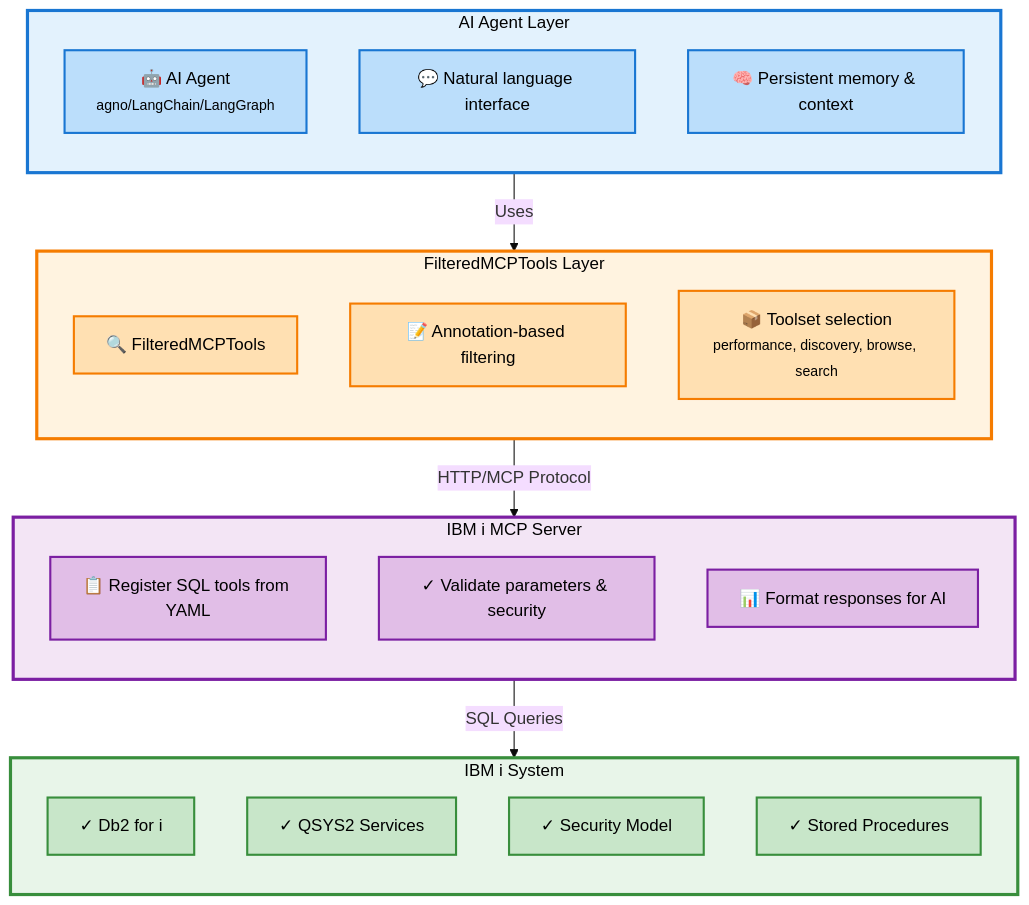
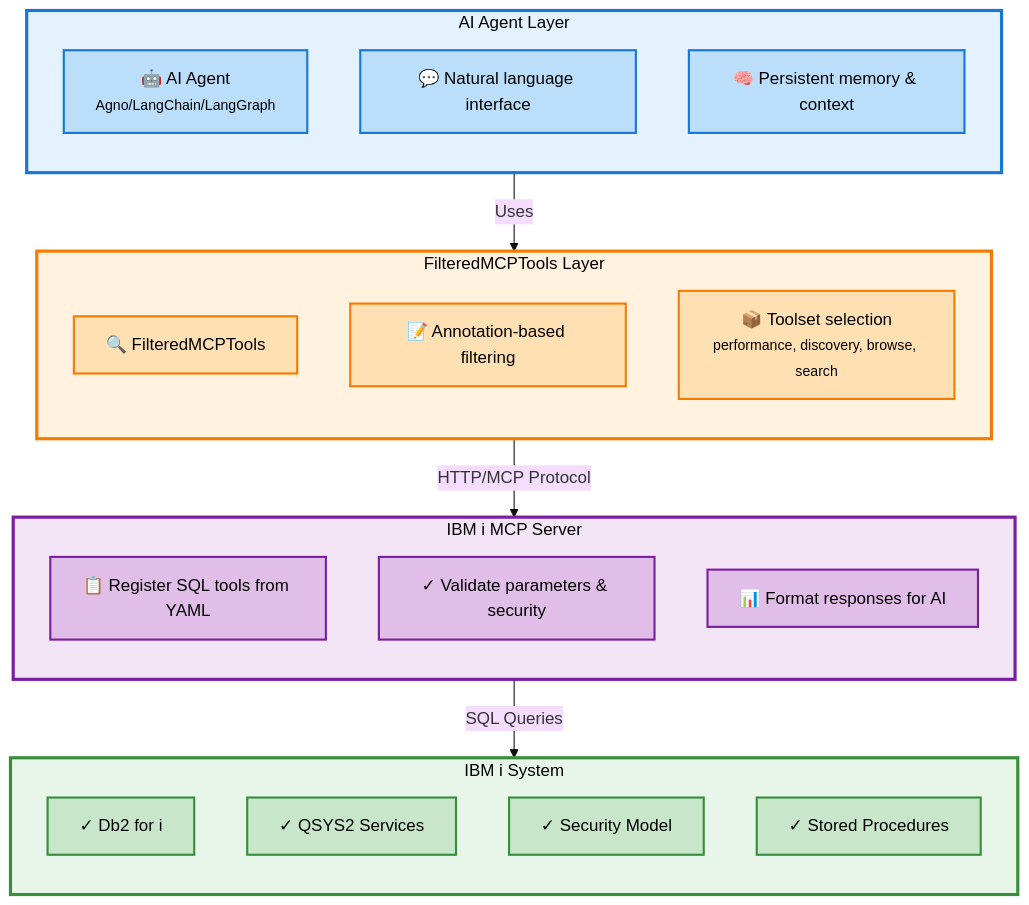
One commit to IBM/ibmi-mcp-server changed the diagram in docs/agents/overview.mdx. Above: the diagram before and after it, drawn with Mermaid (base theme). The commit also changed other lines of this file and 6 other files, not shown here.

````diff
--- a/docs/agents/overview.mdx
+++ b/docs/agents/overview.mdx
@@ -115,57 +137,57 @@
 ```mermaid
 graph TB
     subgraph agents["AI Agent Layer"]
         direction TB
-        agent["🤖 AI Agent<br/><small>agno/LangChain/LangGraph</small>"]
+        agent["🤖 AI Agent<br/><small>Agno/LangChain/LangGraph</small>"]
         nl["💬 Natural language interface"]
         memory["🧠 Persistent memory & context"]
     end
 
     subgraph filtering["FilteredMCPTools Layer"]
         direction TB
         filter["🔍 FilteredMCPTools"]
         annotations["📝 Annotation-based filtering"]
         toolsets["📦 Toolset selection<br/><small>performance, discovery, browse, search</small>"]
     end
 
     subgraph mcp["IBM i MCP Server"]
         direction TB
         register["📋 Register SQL tools from YAML"]
         validate["✓ Validate parameters & security"]
         format["📊 Format responses for AI"]
     end
 
     subgraph ibmi["IBM i System"]
         direction TB
         db2["✓ Db2 for i"]
         qsys2["✓ QSYS2 Services"]
         security["✓ Security Model"]
         sprocs["✓ Stored Procedures"]
     end
 
     agents -->|Uses| filtering
     filtering -->|HTTP/MCP Protocol| mcp
     mcp -->|SQL Queries| ibmi
 
     style agents fill:#e3f2fd,stroke:#1976d2,stroke-width:3px,color:#000
     style filtering fill:#fff3e0,stroke:#f57c00,stroke-width:3px,color:#000
     style mcp fill:#f3e5f5,stroke:#7b1fa2,stroke-width:3px,color:#000
     style ibmi fill:#e8f5e9,stroke:#388e3c,stroke-width:3px,color:#000
 
     style agent fill:#bbdefb,stroke:#1976d2,stroke-width:2px,color:#000
     style nl fill:#bbdefb,stroke:#1976d2,stroke-width:2px,color:#000
     style memory fill:#bbdefb,stroke:#1976d2,stroke-width:2px,color:#000
 
     style filter fill:#ffe0b2,stroke:#f57c00,stroke-width:2px,color:#000
     style annotations fill:#ffe0b2,stroke:#f57c00,stroke-width:2px,color:#000
     style toolsets fill:#ffe0b2,stroke:#f57c00,stroke-width:2px,color:#000
 
     style register fill:#e1bee7,stroke:#7b1fa2,stroke-width:2px,color:#000
     style validate fill:#e1bee7,stroke:#7b1fa2,stroke-width:2px,color:#000
     style format fill:#e1bee7,stroke:#7b1fa2,stroke-width:2px,color:#000
 
     style db2 fill:#c8e6c9,stroke:#388e3c,stroke-width:2px,color:#000
     style qsys2 fill:#c8e6c9,stroke:#388e3c,stroke-width:2px,color:#000
     style security fill:#c8e6c9,stroke:#388e3c,stroke-width:2px,color:#000
     style sprocs fill:#c8e6c9,stroke:#388e3c,stroke-width:2px,color:#000
 ```
````
